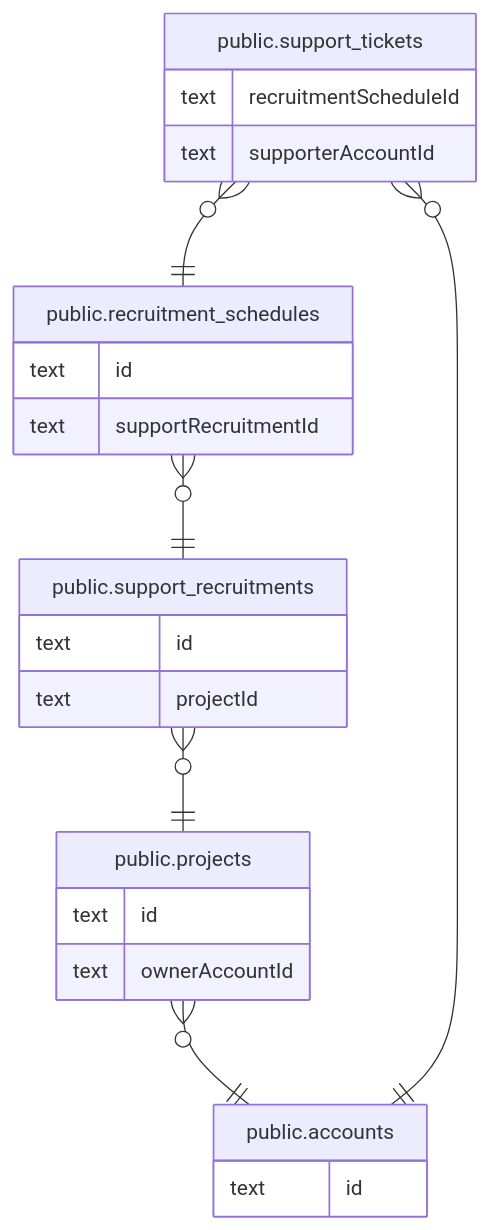
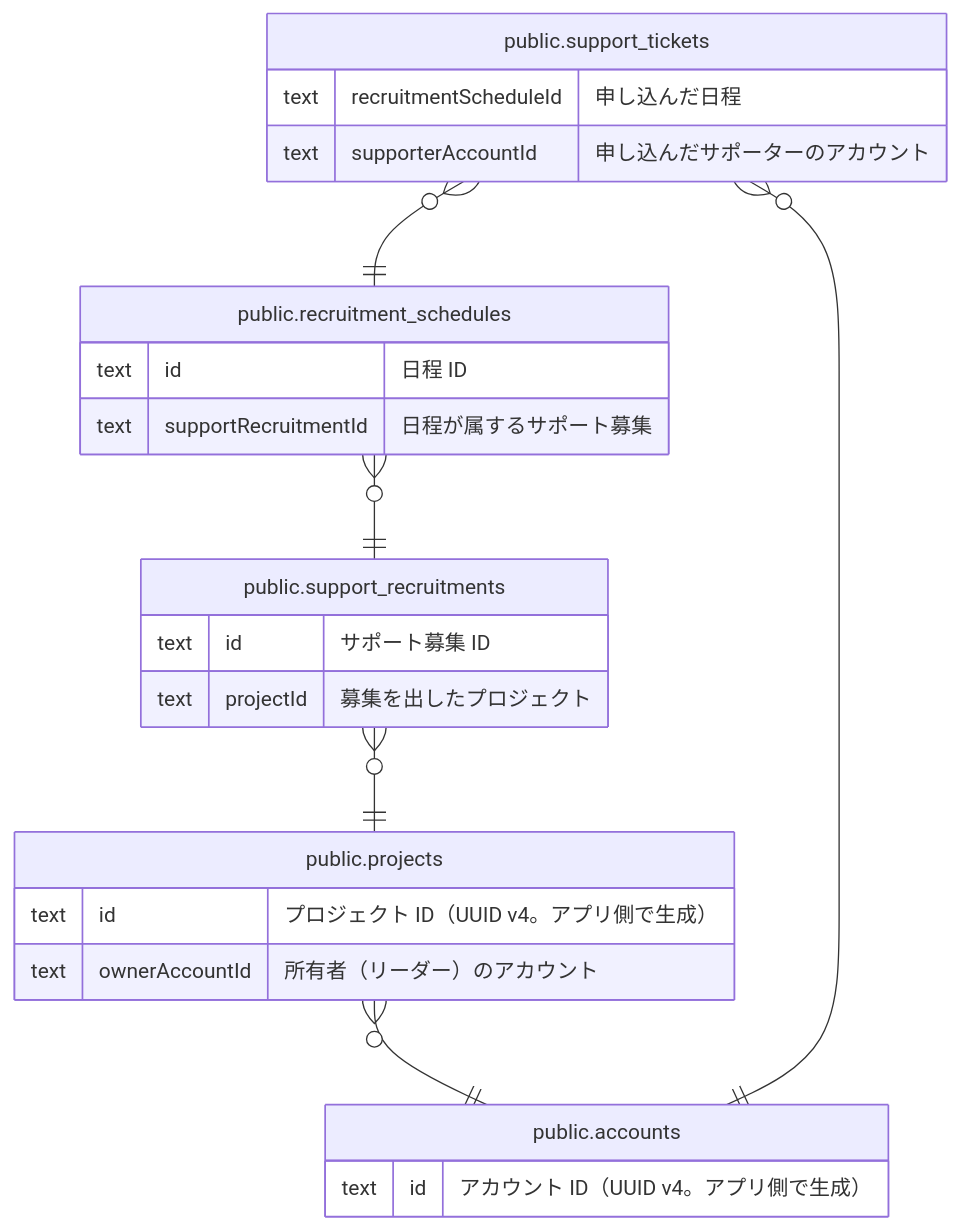
One commit to Physicalfunding/PhysiFun changed the diagram in docs/db/viewpoint-recruitment.md. Above: the diagram before and after it, drawn with Mermaid. The commit also changed other lines of this file and 23 other files, not shown here.

````diff
--- a/docs/db/viewpoint-recruitment.md
+++ b/docs/db/viewpoint-recruitment.md
@@ -19,29 +19,29 @@
 ```mermaid
 erDiagram
 
 "public.projects" }o--|| "public.accounts" : ""
 "public.support_recruitments" }o--|| "public.projects" : ""
 "public.recruitment_schedules" }o--|| "public.support_recruitments" : ""
 "public.support_tickets" }o--|| "public.accounts" : ""
 "public.support_tickets" }o--|| "public.recruitment_schedules" : ""
 
 "public.accounts" {
-  text id ""
+  text id "アカウント ID（UUID v4。アプリ側で生成）"
 }
 "public.projects" {
-  text id ""
-  text ownerAccountId ""
+  text id "プロジェクト ID（UUID v4。アプリ側で生成）"
+  text ownerAccountId "所有者（リーダー）のアカウント"
 }
 "public.support_recruitments" {
-  text id ""
-  text projectId ""
+  text id "サポート募集 ID"
+  text projectId "募集を出したプロジェクト"
 }
 "public.recruitment_schedules" {
-  text id ""
-  text supportRecruitmentId ""
+  text id "日程 ID"
+  text supportRecruitmentId "日程が属するサポート募集"
 }
 "public.support_tickets" {
-  text recruitmentScheduleId ""
-  text supporterAccountId ""
+  text recruitmentScheduleId "申し込んだ日程"
+  text supporterAccountId "申し込んだサポーターのアカウント"
 }
 ```
````
